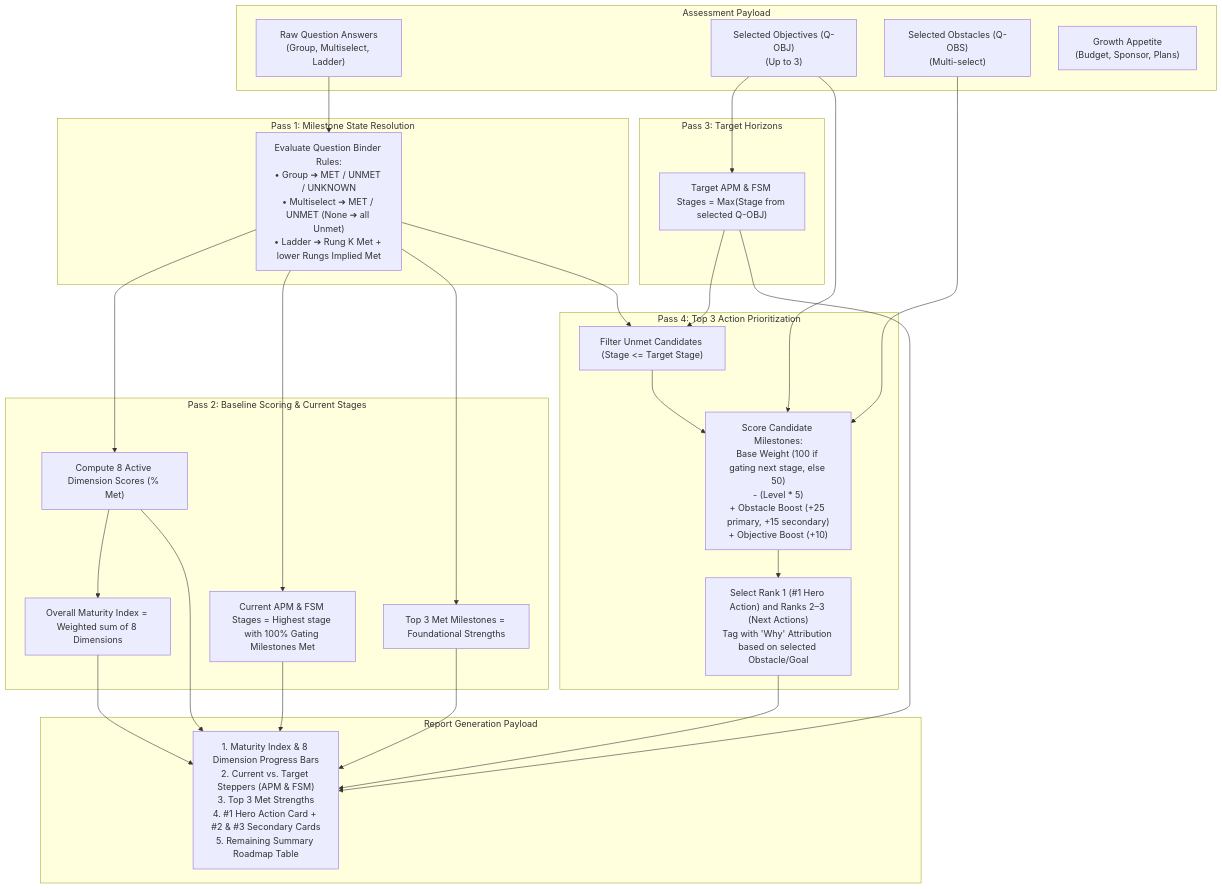
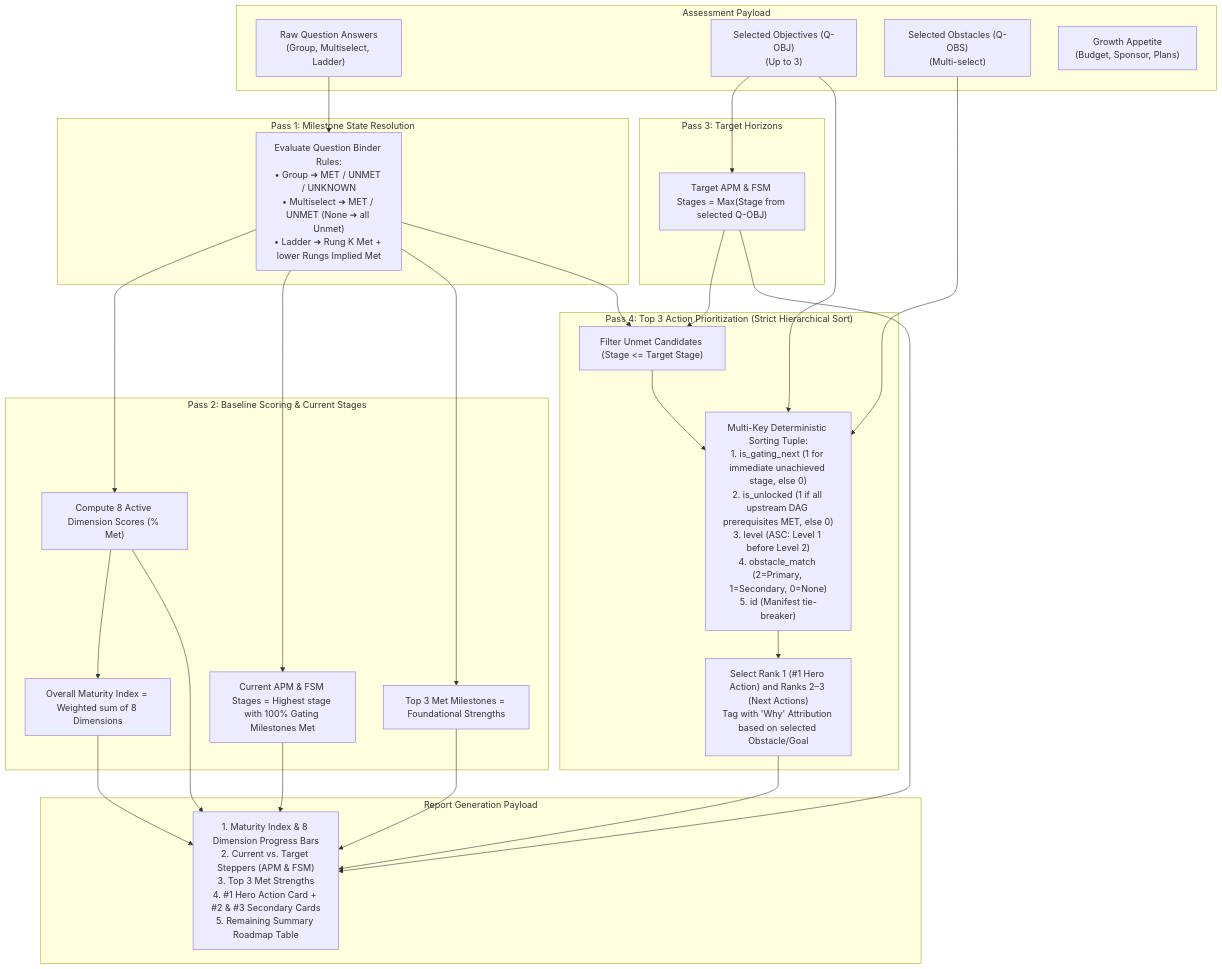
Before and after one commit to Sheeshcodes/M-GRAT-beta-vercel: the diagram in Logic/scoring-engine-handover-guide.md, drawn with Mermaid. The commit also changed other lines of this file and 14 other files, not shown here.

````diff
--- a/Logic/scoring-engine-handover-guide.md
+++ b/Logic/scoring-engine-handover-guide.md
@@ -34,53 +48,53 @@
 ```mermaid
 flowchart TD
     subgraph Inputs ["Assessment Payload"]
         IN_ANS["Raw Question Answers<br/>(Group, Multiselect, Ladder)"]
         IN_OBJ["Selected Objectives (Q-OBJ)<br/>(Up to 3)"]
         IN_OBS["Selected Obstacles (Q-OBS)<br/>(Multi-select)"]
         IN_APP["Growth Appetite<br/>(Budget, Sponsor, Plans)"]
     end
 
     subgraph Pass1 ["Pass 1: Milestone State Resolution"]
         P1_EVAL["Evaluate Question Binder Rules:<br/>• Group ➔ MET / UNMET / UNKNOWN<br/>• Multiselect ➔ MET / UNMET (None ➔ all Unmet)<br/>• Ladder ➔ Rung K Met + lower Rungs Implied Met"]
     end
 
     subgraph Pass2 ["Pass 2: Baseline Scoring & Current Stages"]
         P2_PIL["Compute 8 Active Dimension Scores (% Met)"]
         P2_MAT["Overall Maturity Index = Weighted sum of 8 Dimensions"]
         P2_STG["Current APM & FSM Stages = Highest stage with 100% Gating Milestones Met"]
         P2_STR["Top 3 Met Milestones = Foundational Strengths"]
     end
 
     subgraph Pass3 ["Pass 3: Target Horizons"]
         P3_TGT["Target APM & FSM Stages = Max(Stage from selected Q-OBJ)"]
     end
 
-    subgraph Pass4 ["Pass 4: Top 3 Action Prioritization"]
+    subgraph Pass4 ["Pass 4: Top 3 Action Prioritization (Strict Hierarchical Sort)"]
         P4_FILT["Filter Unmet Candidates (Stage <= Target Stage)"]
-        P4_SCOR["Score Candidate Milestones:<br/>Base Weight (100 if gating next stage, else 50)<br/>- (Level * 5)<br/>+ Obstacle Boost (+25 primary, +15 secondary)<br/>+ Objective Boost (+10)"]
+        P4_SCOR["Multi-Key Deterministic Sorting Tuple:<br/>1. is_gating_next (1 for immediate unachieved stage, else 0)<br/>2. is_unlocked (1 if all upstream DAG prerequisites MET, else 0)<br/>3. level (ASC: Level 1 before Level 2)<br/>4. obstacle_match (2=Primary, 1=Secondary, 0=None)<br/>5. id (Manifest tie-breaker)"]
         P4_TOP3["Select Rank 1 (#1 Hero Action) and Ranks 2–3 (Next Actions)<br/>Tag with 'Why' Attribution based on selected Obstacle/Goal"]
     end
 
     subgraph Outputs ["Report Generation Payload"]
         OUT_REP["1. Maturity Index & 8 Dimension Progress Bars<br/>2. Current vs. Target Steppers (APM & FSM)<br/>3. Top 3 Met Strengths<br/>4. #1 Hero Action Card + #2 & #3 Secondary Cards<br/>5. Remaining Summary Roadmap Table"]
     end
 
     IN_ANS --> P1_EVAL
     P1_EVAL --> P2_PIL --> P2_MAT
     P1_EVAL --> P2_STG
     P1_EVAL --> P2_STR
     P1_EVAL --> P4_FILT
 
     IN_OBJ --> P3_TGT --> P4_FILT
     IN_OBJ --> P4_SCOR
     IN_OBS --> P4_SCOR
 
     P4_FILT --> P4_SCOR --> P4_TOP3
 
     P2_MAT --> OUT_REP
     P2_PIL --> OUT_REP
     P2_STG --> OUT_REP
     P3_TGT --> OUT_REP
     P2_STR --> OUT_REP
     P4_TOP3 --> OUT_REP
 ```
````
